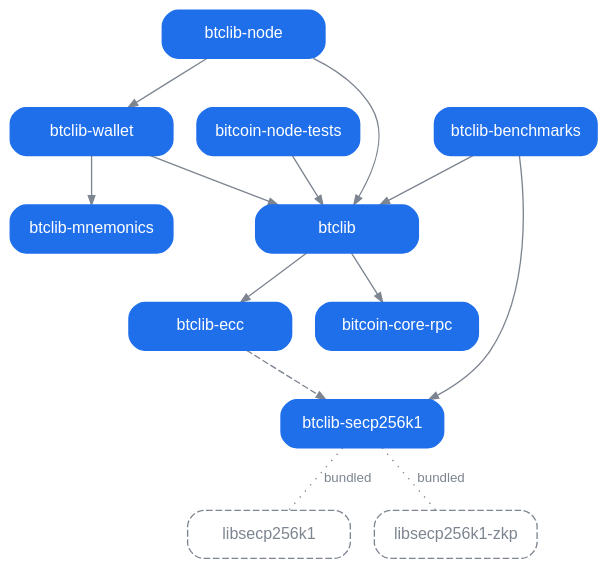
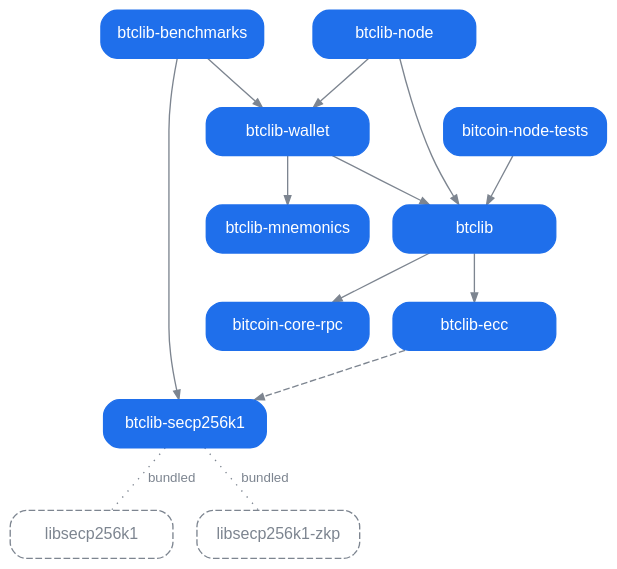
Before and after one commit to btclib-org/.github: the diagram in profile/dependencies.dot, drawn with Graphviz. The commit also changed 1 other file, not shown here.

Commit message:
The dependency graph draws btclib-benchmarks' requirement of btclib-wallet (closes #1624) (#1640)
btclib-benchmarks declares btclib-wallet in its dependencies, so the
graph draws an arrow to it. An arrow points at a higher row, so
btclib-benchmarks moves down to btclib-node's row. btclib-wallet's own
arrows reach btclib-mnemonics and btclib, so btclib-benchmarks' arrow to
btclib is implied and dropped.

dependencies.svg is rendered from dependencies.dot by the
render-dependencies hook.

```diff
--- a/profile/dependencies.dot
+++ b/profile/dependencies.dot
@@ -1,83 +1,83 @@
 // How the organization's packages depend on each other: the source of
 // dependencies.svg beside it, which profile/README.md shows.
 //
 // A node is the `[project]` name of every tree of the organization that
 // builds a distribution, `[build-system]` being what says it does. A tree
 // that builds none is not drawn, and neither is an arrow into or out of
 // one. A grey dashed outline is not a package of the organization but a C
 // library one of them bundles: the submodule `X` of such a tree is the
 // node `libX`.
 //
 // An arrow points from a project up to what it depends on: solid where
 // `dependencies` in its pyproject.toml names the target, and dashed where
 // only an `optional-dependencies` extra does. An arrow is drawn only
 // where the dependent, bare or with one of its extras, does not already
 // install its target, with the extras it asks of it, through the arrows
 // that are drawn: `btclib[secp256k1]` asks `btclib-ecc[secp256k1]`, so
 // `btclib`'s own requirement of `btclib-secp256k1` draws nothing, while
 // `btclib-node` asks `btclib[secp256k1]` and `btclib-wallet`'s
 // `dependencies` ask bare `btclib`, so both of `btclib-node`'s arrows are
 // drawn. The extras are written nowhere, and dependency groups are left
 // out, being what a checkout of the tree installs rather than what a user
 // of the package does. A dotted line with no arrowhead, labelled
 // `bundled`, joins a package to a C library that is a submodule of its
 // tree, built into the package rather than installed beside it.
 // tests/dependencies_test.py compares this file with every tree's
 // pyproject.toml and .gitmodules.
 //
 // Every position is set by hand and rendered as it stands, by neato with
 // `nop: 2` in .github/scripts/render_dependencies.mjs, which takes the
 // nodes and the edges where they are written. A node's `pos` is its
 // centre in points, y growing upward, and a row is a level: what a
 // package depends on sits above it, in four columns 145 apart. An edge's
 // `pos` is its route as the control points of a spline whose segments
 // are straight, `e,` giving where the arrowhead's tip lands, and a
 // label's `lp` is where it is written. The arrows into `btclib` from
 // the row below meet on one horizontal run under it, and `btclib-node`'s,
 // from the row under that, goes straight up through it.
 //
 // The colours are for a transparent background under both of GitHub's
 // themes: text sits on the fill of its box, and the grey of the arrows
 // and of the outlined C libraries reads on the light theme's white and
 // the dark theme's near-black.
 digraph dependencies {
     graph [bgcolor="transparent", outputorder=edgesfirst, pad=0.2];
     node [shape=box, style="rounded,filled", color="#1f6feb", fillcolor="#1f6feb",
           fontcolor="#ffffff", fontname="Helvetica", fontsize=12, width=1.7, height=0.5, fixedsize=true];
     edge [color="#7d8590", fontcolor="#7d8590", fontname="Helvetica", fontsize=10, arrowsize=0.7];
 
     "libsecp256k1"     [pos="290,560", style="rounded,dashed", color="#7d8590", fontcolor="#7d8590"];
     "libsecp256k1-zkp" [pos="435,560", style="rounded,dashed", color="#7d8590", fontcolor="#7d8590"];
     "btclib-mnemonics" [pos="0,460"];
     "bitcoin-core-rpc" [pos="145,460"];
     "btclib-secp256k1" [pos="290,460"];
     "btclib-ecc"       [pos="290,360"];
     "btclib"           [pos="290,260"];
     "btclib-wallet"      [pos="0,160"];
     "bitcoin-node-tests" [pos="145,160"];
-    "btclib-benchmarks"  [pos="435,160"];
+    "btclib-benchmarks"  [pos="435,60"];
     "btclib-node"        [pos="290,60"];
 
     "btclib-secp256k1" -> "libsecp256k1" [style=dotted, arrowhead=none, label="bundled", lp="262,510",
         pos="290,478 290,478 290,542 290,542"];
     "btclib-secp256k1" -> "libsecp256k1-zkp" [style=dotted, arrowhead=none, label="bundled", lp="463,526",
         pos="320,478 320,478 320,510 320,510 320,510 435,510 435,510 435,510 435,542 435,542"];
     "btclib-ecc" -> "btclib-secp256k1" [style=dashed,
         pos="e,290,442 290,378 290,378 290,435 290,435"];
     "btclib" -> "btclib-ecc" [pos="e,290,342 290,278 290,278 290,335 290,335"];
     "btclib" -> "bitcoin-core-rpc"
         [pos="e,145,442 229,260 229,260 145,260 145,260 145,260 145,435 145,435"];
     "btclib-wallet" -> "btclib"
         [pos="e,290,242 20,178 20,178 20,210 20,210 20,210 290,210 290,210 290,210 290,235 290,235"];
     "bitcoin-node-tests" -> "btclib"
         [pos="e,290,242 145,178 145,178 145,210 145,210 145,210 290,210 290,210 290,210 290,235 290,235"];
     "btclib-node" -> "btclib" [
         pos="e,290,242 290,78 290,78 290,235 290,235"];
     "btclib-node" -> "btclib-wallet"
         [pos="e,0,142 229,60 229,60 0,60 0,60 0,60 0,135 0,135"];
-    "btclib-benchmarks" -> "btclib"
-        [pos="e,290,242 415,178 415,178 415,210 415,210 415,210 290,210 290,210 290,210 290,235 290,235"];
+    "btclib-benchmarks" -> "btclib-wallet"
+        [pos="e,20,142 415,78 415,78 415,110 415,110 415,110 20,110 20,110 20,110 20,135 20,135"];
     "btclib-benchmarks" -> "btclib-secp256k1"
-        [pos="e,351,460 455,178 455,178 455,460 455,460 455,460 358,460 358,460"];
+        [pos="e,351,460 455,78 455,78 455,460 455,460 455,460 358,460 358,460"];
     "btclib-wallet" -> "btclib-mnemonics" [pos="e,-20,442 -20,178 -20,178 -20,435 -20,435"];
 }
```
